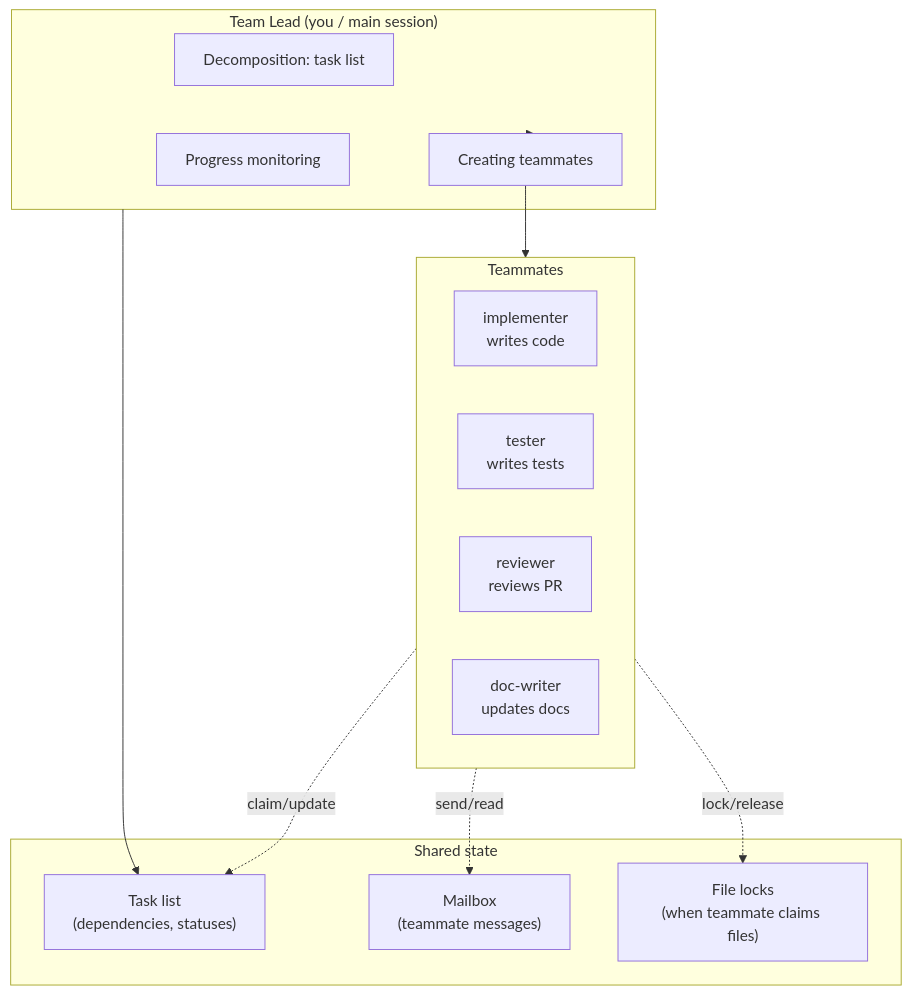
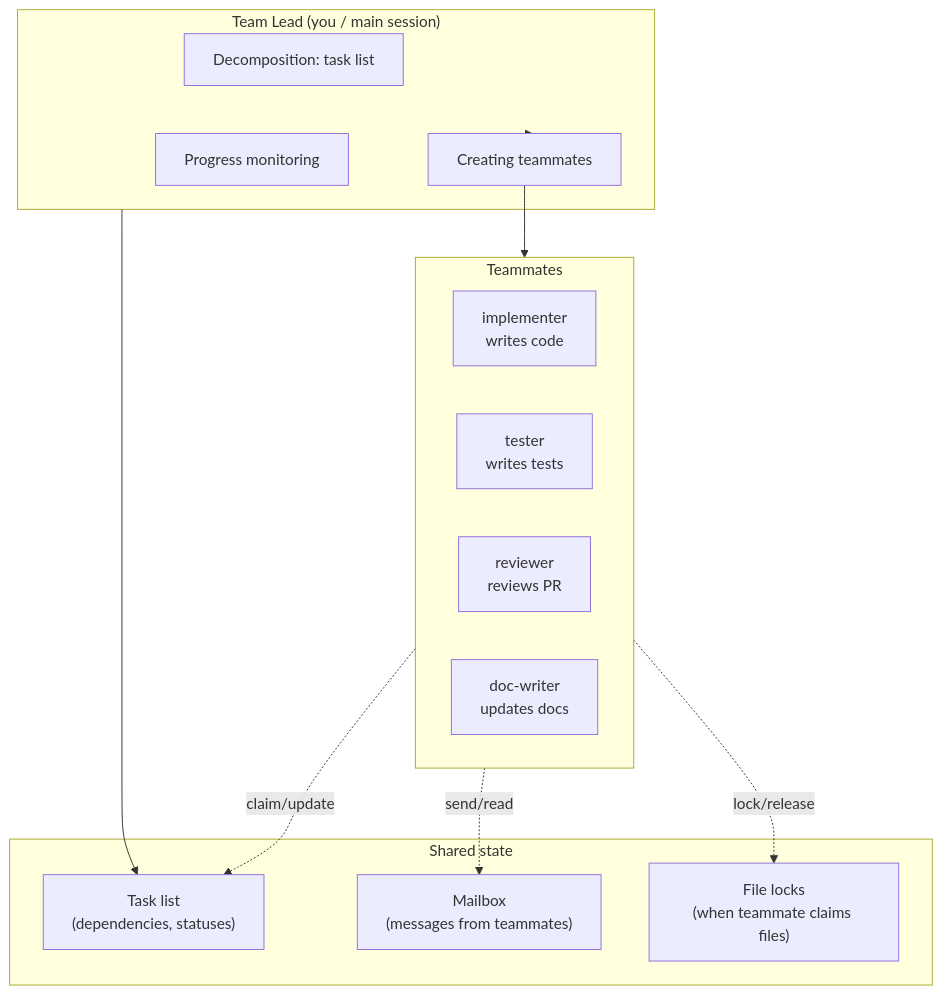
Before and after one commit to node-develop/astro-blog: the first of 3 diagrams in src/content/posts/en/10-agent-teams.md, drawn with Mermaid. The commit also changed other lines of this file and 46 other files, not shown here.

Commit message:
feat(seo): EPIC D authority graph — /tags index, archives, h1-discipline, sitemap (#10)

````diff
--- a/src/content/posts/en/10-agent-teams.md
+++ b/src/content/posts/en/10-agent-teams.md
@@ -54,28 +53,28 @@
 ```mermaid
 flowchart TB
   subgraph lead["Team Lead (you / main session)"]
     plan["Decomposition: task list"]
     spawn["Creating teammates"]
     monitor["Progress monitoring"]
   end
 
   subgraph store["Shared state"]
     tasks["Task list<br/>(dependencies, statuses)"]
-    mailbox["Mailbox<br/>(teammate messages)"]
+    mailbox["Mailbox<br/>(messages from teammates)"]
     locks["File locks<br/>(when teammate claims files)"]
   end
 
   subgraph mates["Teammates"]
     t1["implementer<br/>writes code"]
     t2["tester<br/>writes tests"]
     t3["reviewer<br/>reviews PR"]
     t4["doc-writer<br/>updates docs"]
   end
 
   lead --> tasks
   lead --> spawn
   spawn --> mates
   mates -. claim/update .-> tasks
   mates -. send/read .-> mailbox
   mates -. lock/release .-> locks
 ```
````
